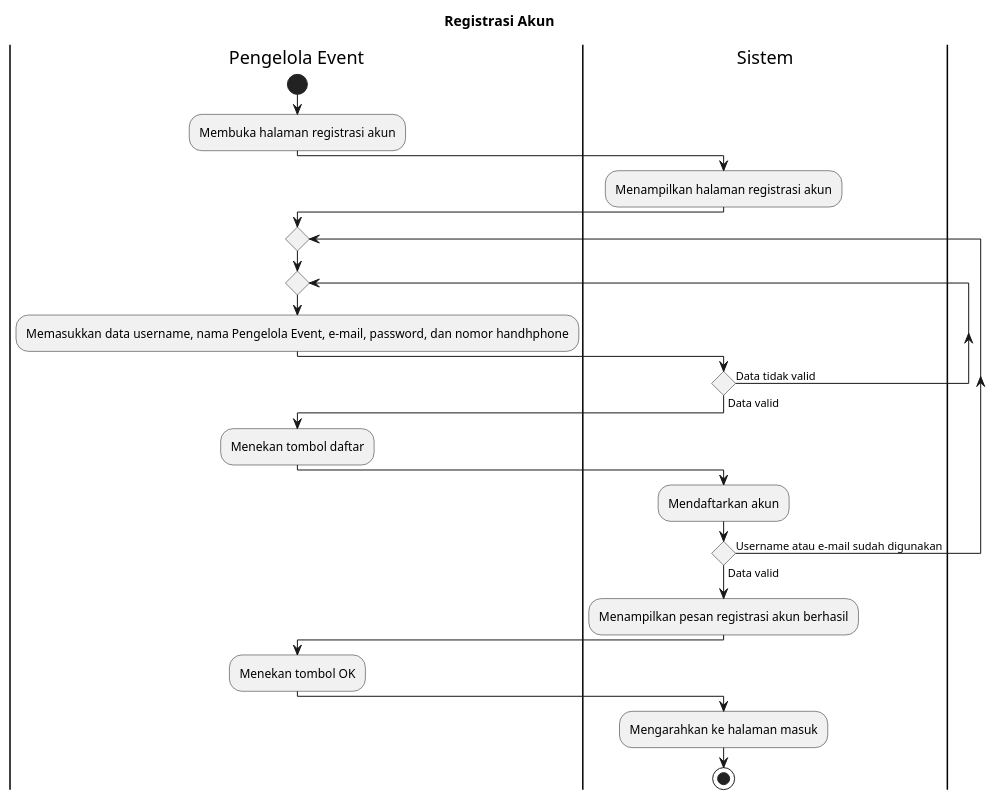
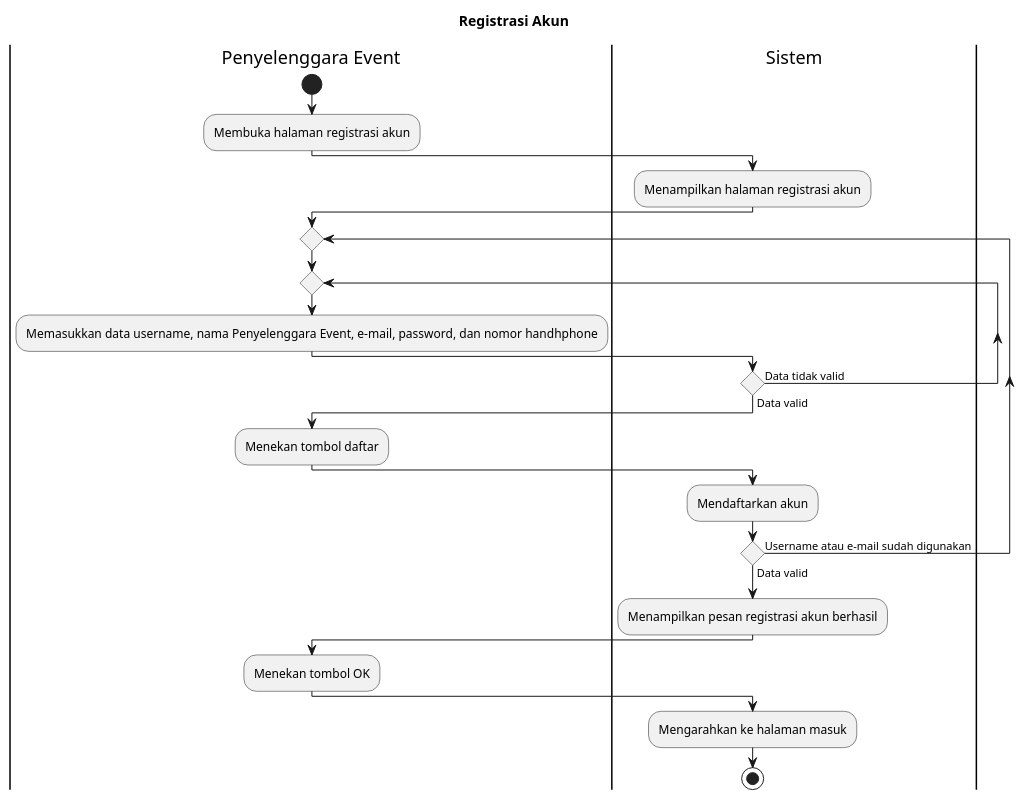
Before and after one commit to irfanfarras10/myevent-diagram: the diagram in Activity Diagram/activity_diagram_registrasi_akun.wsd, drawn with PlantUML. The commit also changed 2 other files, not shown here.

Commit message:
uml(activity diagram): fixup swimlane name

```diff
--- a/Activity Diagram/activity_diagram_registrasi_akun.wsd
+++ b/Activity Diagram/activity_diagram_registrasi_akun.wsd
@@ -1,27 +1,27 @@
 @startuml "activity_diagram_masuk"
 
 title "Registrasi Akun"
 
-|Pengelola Event|
+|Penyelenggara Event|
     start
     :Membuka halaman registrasi akun;
 |Sistem|
     :Menampilkan halaman registrasi akun;
-|Pengelola Event|
+|Penyelenggara Event|
     repeat
     repeat
-    :Memasukkan data username, nama Pengelola Event, e-mail, password, dan nomor handhphone; 
+    :Memasukkan data username, nama Penyelenggara Event, e-mail, password, dan nomor handhphone; 
 |Sistem|
     repeat while () is (Data tidak valid) not (Data valid)
-|Pengelola Event|
+|Penyelenggara Event|
     :Menekan tombol daftar;
 |Sistem| 
     :Mendaftarkan akun;
     repeat while () is (Username atau e-mail sudah digunakan) not (Data valid)
     :Menampilkan pesan registrasi akun berhasil;
-|Pengelola Event|
+|Penyelenggara Event|
     :Menekan tombol OK;
 |Sistem|
     :Mengarahkan ke halaman masuk;
     stop
 @enduml
```
